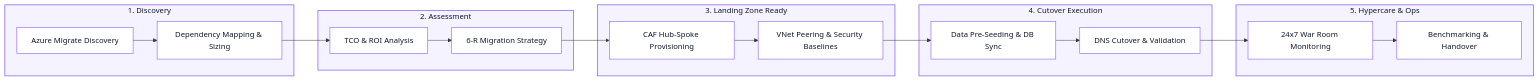
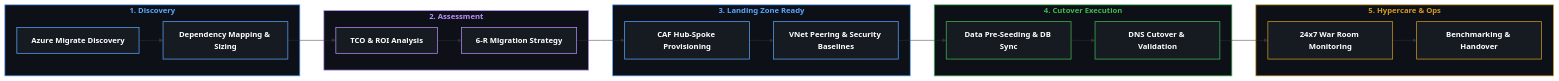
The seventh of 10 diagrams in README.md (Ankitasingh-singh/Ankitasingh-singh), drawn with Mermaid before and after one commit. The commit also changed other lines of this file, not shown here.

Commit message:
style: update mermaid diagram text and node styling for dark mode in README

````diff
--- a/README.md
+++ b/README.md
@@ -467,39 +467,39 @@
 ```mermaid
 flowchart LR
-    subgraph Phase1["1. Discovery"]
-        D1["Azure Migrate Discovery"] --> D2["Dependency Mapping & Sizing"]
+    subgraph Phase1["<b><font color='#58a6ff'>1. Discovery</font></b>"]
+        D1["<b><font color='#ffffff'>Azure Migrate Discovery</font></b>"] --> D2["<b><font color='#ffffff'>Dependency Mapping & Sizing</font></b>"]
     end
 
-    subgraph Phase2["2. Assessment"]
-        D2 --> A1["TCO & ROI Analysis"] --> A2["6-R Migration Strategy"]
+    subgraph Phase2["<b><font color='#bc8cff'>2. Assessment</font></b>"]
+        D2 --> A1["<b><font color='#ffffff'>TCO & ROI Analysis</font></b>"] --> A2["<b><font color='#ffffff'>6-R Migration Strategy</font></b>"]
     end
 
-    subgraph Phase3["3. Landing Zone Ready"]
-        A2 --> R1["CAF Hub-Spoke Provisioning"] --> R2["VNet Peering & Security Baselines"]
+    subgraph Phase3["<b><font color='#58a6ff'>3. Landing Zone Ready</font></b>"]
+        A2 --> R1["<b><font color='#ffffff'>CAF Hub-Spoke Provisioning</font></b>"] --> R2["<b><font color='#ffffff'>VNet Peering & Security Baselines</font></b>"]
     end
 
-    subgraph Phase4["4. Cutover Execution"]
-        R2 --> C1["Data Pre-Seeding & DB Sync"] --> C2["DNS Cutover & Validation"]
+    subgraph Phase4["<b><font color='#3fb950'>4. Cutover Execution</font></b>"]
+        R2 --> C1["<b><font color='#ffffff'>Data Pre-Seeding & DB Sync</font></b>"] --> C2["<b><font color='#ffffff'>DNS Cutover & Validation</font></b>"]
     end
 
-    subgraph Phase5["5. Hypercare & Ops"]
-        C2 --> H1["24x7 War Room Monitoring"] --> H2["Benchmarking & Handover"]
+    subgraph Phase5["<b><font color='#d29922'>5. Hypercare & Ops</font></b>"]
+        C2 --> H1["<b><font color='#ffffff'>24x7 War Room Monitoring</font></b>"] --> H2["<b><font color='#ffffff'>Benchmarking & Handover</font></b>"]
     end
 
-    style Phase1 fill:#f5f3ff,stroke:#8b5cf6,stroke-width:1.5px,color:#0f172a
-    style Phase2 fill:#f5f3ff,stroke:#8b5cf6,stroke-width:1.5px,color:#0f172a
-    style Phase3 fill:#f5f3ff,stroke:#8b5cf6,stroke-width:1.5px,color:#0f172a
-    style Phase4 fill:#f5f3ff,stroke:#8b5cf6,stroke-width:1.5px,color:#0f172a
-    style Phase5 fill:#f5f3ff,stroke:#8b5cf6,stroke-width:1.5px,color:#0f172a
+    style Phase1 fill:#0d1117,stroke:#58a6ff,stroke-width:1.5px
+    style Phase2 fill:#0d1117,stroke:#bc8cff,stroke-width:1.5px
+    style Phase3 fill:#0d1117,stroke:#58a6ff,stroke-width:1.5px
+    style Phase4 fill:#0d1117,stroke:#3fb950,stroke-width:1.5px
+    style Phase5 fill:#0d1117,stroke:#d29922,stroke-width:1.5px
 
-    style D1 fill:#ffffff,stroke:#8b5cf6,stroke-width:1.2px,color:#0f172a
-    style D2 fill:#ffffff,stroke:#8b5cf6,stroke-width:1.2px,color:#0f172a
-    style A1 fill:#ffffff,stroke:#8b5cf6,stroke-width:1.2px,color:#0f172a
-    style A2 fill:#ffffff,stroke:#8b5cf6,stroke-width:1.2px,color:#0f172a
-    style R1 fill:#ffffff,stroke:#8b5cf6,stroke-width:1.2px,color:#0f172a
-    style R2 fill:#ffffff,stroke:#8b5cf6,stroke-width:1.2px,color:#0f172a
-    style C1 fill:#ffffff,stroke:#8b5cf6,stroke-width:1.2px,color:#0f172a
-    style C2 fill:#ffffff,stroke:#8b5cf6,stroke-width:1.2px,color:#0f172a
-    style H1 fill:#ffffff,stroke:#8b5cf6,stroke-width:1.2px,color:#0f172a
-    style H2 fill:#ffffff,stroke:#8b5cf6,stroke-width:1.2px,color:#0f172a
+    style D1 fill:#161b22,stroke:#58a6ff,stroke-width:1.5px
+    style D2 fill:#161b22,stroke:#58a6ff,stroke-width:1.5px
+    style A1 fill:#161b22,stroke:#bc8cff,stroke-width:1.5px
+    style A2 fill:#161b22,stroke:#bc8cff,stroke-width:1.5px
+    style R1 fill:#161b22,stroke:#58a6ff,stroke-width:1.5px
+    style R2 fill:#161b22,stroke:#58a6ff,stroke-width:1.5px
+    style C1 fill:#161b22,stroke:#3fb950,stroke-width:1.5px
+    style C2 fill:#161b22,stroke:#3fb950,stroke-width:1.5px
+    style H1 fill:#161b22,stroke:#d29922,stroke-width:1.5px
+    style H2 fill:#161b22,stroke:#d29922,stroke-width:1.5px
 ```
````
